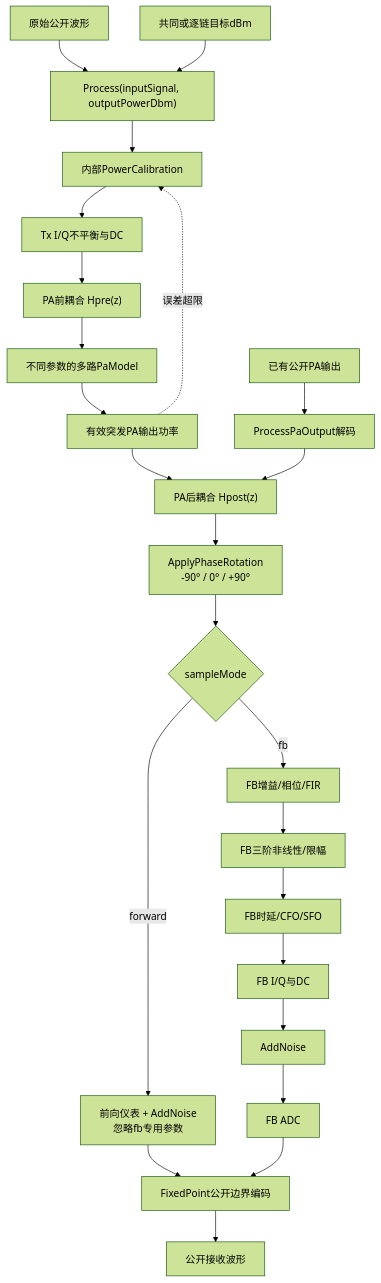
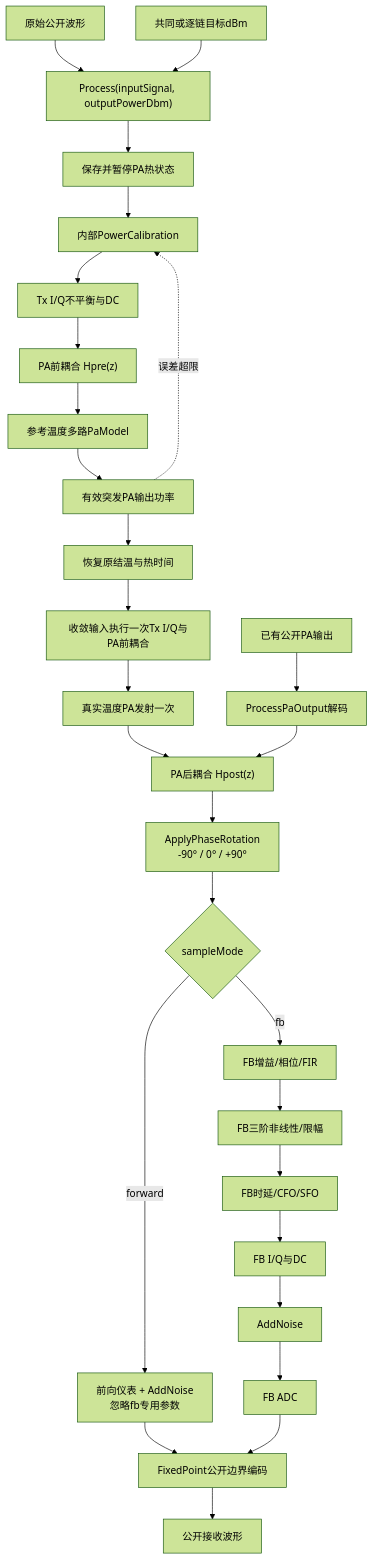
Diagram 12 of 20 in README.md (niyilu45/DPD_ILC), drawn with Mermaid (forest theme) before and after one commit. The commit also changed other lines of this file and 10 other files, not shown here.

````diff
--- a/README.md
+++ b/README.md
@@ -596,26 +598,30 @@
 ```mermaid
 flowchart TD
     raw["原始公开波形"] --> process["Process(inputSignal, outputPowerDbm)"]
     target["共同或逐链目标dBm"] --> process
-    process --> calibration["内部PowerCalibration"]
+    process --> suspend["保存并暂停PA热状态"]
+    suspend --> calibration["内部PowerCalibration"]
     calibration --> txIq["Tx I/Q不平衡与DC"]
     txIq --> pre["PA前耦合 Hpre(z)"]
-    pre --> pa["不同参数的多路PaModel"]
+    pre --> pa["参考温度多路PaModel"]
     pa --> detector["有效突发PA输出功率"]
     detector -. "误差超限" .-> calibration
-    detector --> post["PA后耦合 Hpost(z)"]
+    detector --> restore["恢复原结温与热时间"]
+    restore --> liveTx["收敛输入执行一次Tx I/Q与PA前耦合"]
+    liveTx --> livePa["真实温度PA发射一次"]
+    livePa --> post["PA后耦合 Hpost(z)"]
     post --> phase["ApplyPhaseRotation<br/>-90° / 0° / +90°"]
     phase --> mode{"sampleMode"}
     mode -->|forward| forwardNoise["前向仪表 + AddNoise<br/>忽略fb专用参数"]
     mode -->|fb| fbLinear["FB增益/相位/FIR"]
     fbLinear --> fbNonlinear["FB三阶非线性/限幅"]
     fbNonlinear --> fbSync["FB时延/CFO/SFO"]
     fbSync --> fbIq["FB I/Q与DC"]
     fbIq --> fbNoise["AddNoise"]
     fbNoise --> fbAdc["FB ADC"]
     forwardNoise --> encode["FixedPoint公开边界编码"]
     fbAdc --> encode
     encode --> receiver["公开接收波形"]
     paOutput["已有公开PA输出"] --> paDecode["ProcessPaOutput解码"]
     paDecode --> post
 ```
````
